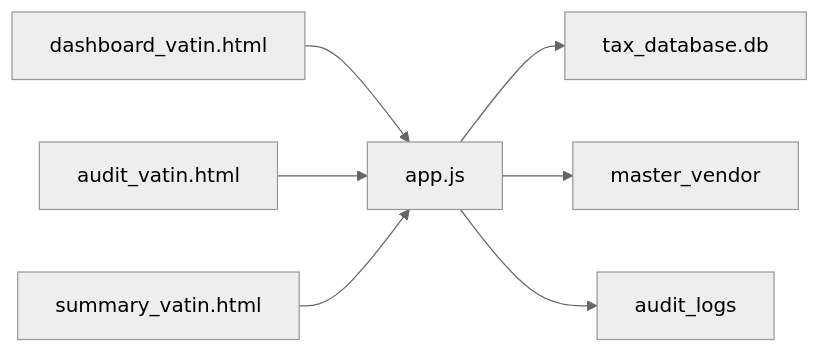
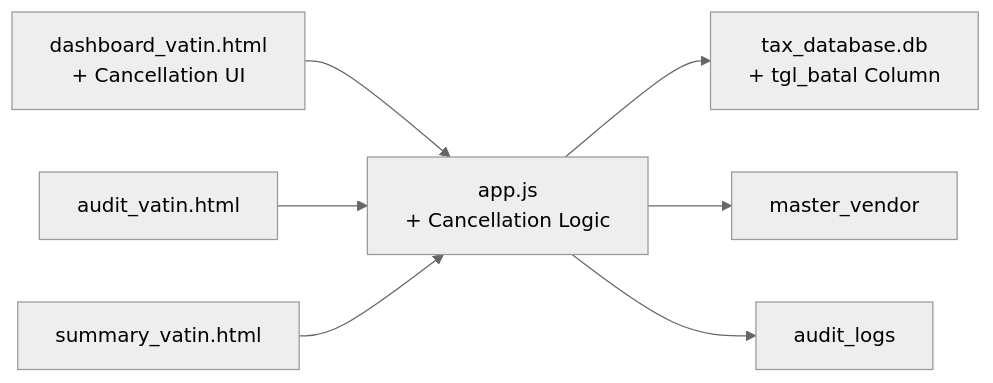
Before and after one commit to rendisiagian/TDS_by_RENDISIAGIAN: the sixth of 6 diagrams in .qoder/repowiki/en/content/VAT Management System/VAT Input (VAT IN).md, drawn with Mermaid (neutral theme). The commit also changed other lines of this file and 38 other files, not shown here.

First line of the commit message:
feat(database): add invoice cancellation tracking and enhance JO member allocation

````diff
--- a/.qoder/repowiki/en/content/VAT Management System/VAT Input (VAT IN).md
+++ b/.qoder/repowiki/en/content/VAT Management System/VAT Input (VAT IN).md
@@ -258,9 +327,9 @@
 ```mermaid
 graph LR
-UI["dashboard_vatin.html"] --> API["app.js"]
+UI["dashboard_vatin.html<br/>+ Cancellation UI"] --> API["app.js<br/>+ Cancellation Logic"]
 AUD["audit_vatin.html"] --> API
 SUM["summary_vatin.html"] --> API
-API --> DB["tax_database.db"]
+API --> DB["tax_database.db<br/>+ tgl_batal Column"]
 API --> VENDOR["master_vendor"]
 API --> LOGS["audit_logs"]
 ```
````
